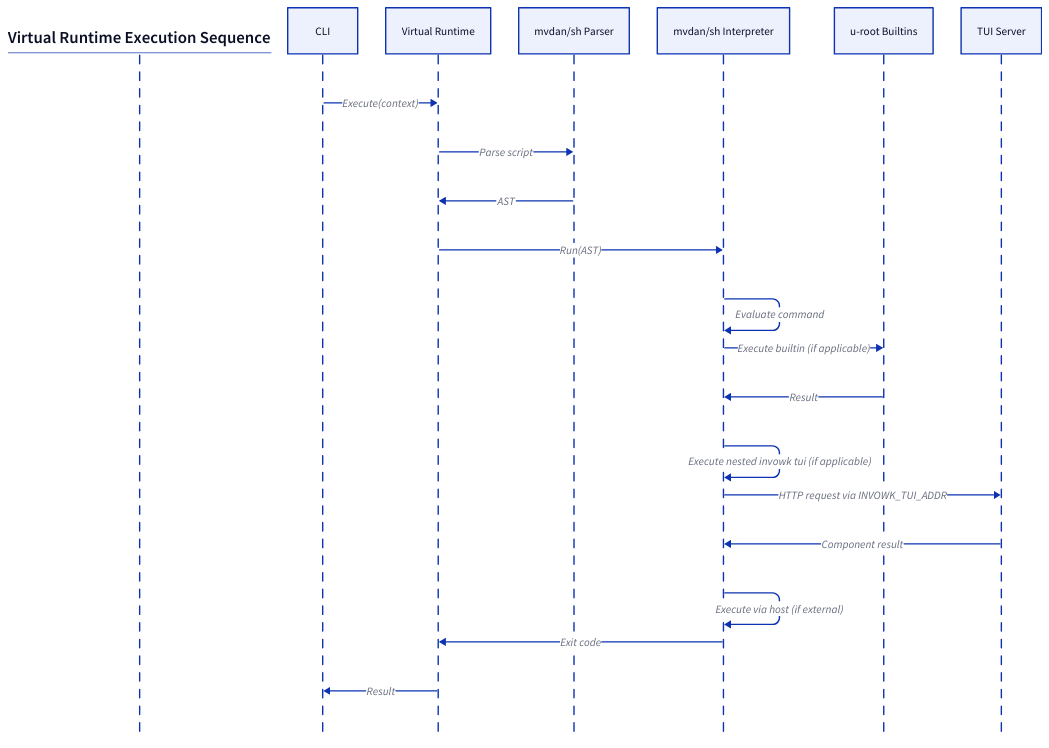
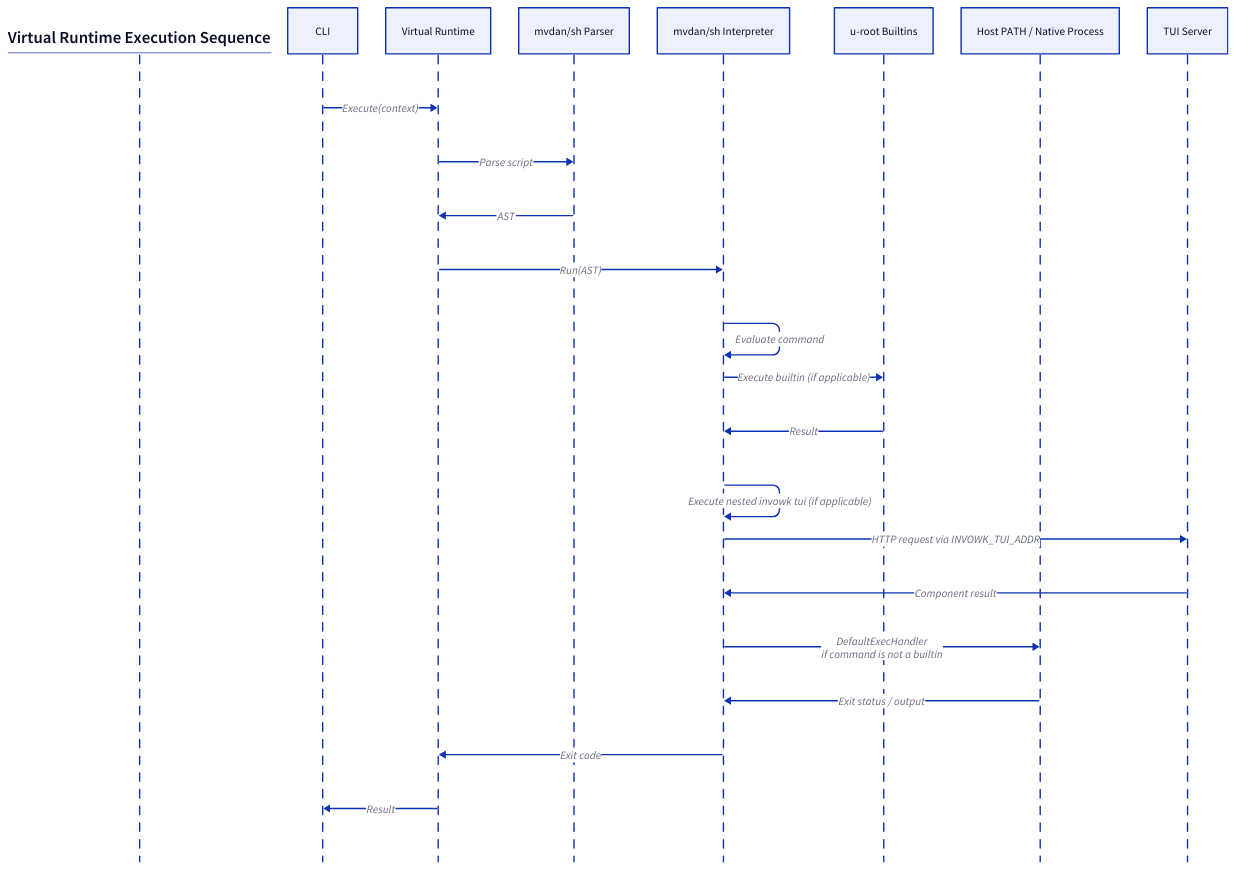
The diagram in docs/diagrams/sequences/execution-virtual.d2 (invowk/invowk), drawn with D2 before and after one commit. The commit also changed 49 other files, not shown here. The source asks for the TALA layout; these drawings use dagre instead.

First line of the commit message:
docs(diagrams): enforce TALA diagram renders

```diff
--- a/docs/diagrams/sequences/execution-virtual.d2
+++ b/docs/diagrams/sequences/execution-virtual.d2
@@ -1,62 +1,64 @@
 # Virtual Runtime Execution Sequence Diagram
 #
 # Shows the execution flow for the virtual (mvdan/sh) runtime:
 # - Script parsing to AST
 # - Interpretation with builtin handling
 # - TUI requests via nested invowk commands
 #
 # Note: TUI interaction happens when the script executes nested
 # `invowk tui *` commands, which use INVOWK_TUI_ADDR and
 # INVOWK_TUI_TOKEN env vars to communicate with the TUI server.
 #
 # Source: docs/architecture/sequence-execution.md
 
 vars: {
   d2-config: {
     layout-engine: tala
   }
 }
 
 title: |md
   ## Virtual Runtime Execution Sequence
 |
 
 shape: sequence_diagram
 
 # Participants
 CLI
 VirtualRT: Virtual Runtime
 Parser: mvdan/sh Parser
 Interp: mvdan/sh Interpreter
 Builtins: u-root Builtins
+HostExec: Host PATH / Native Process
 TUI: TUI Server
 
 # Entry
 CLI -> VirtualRT: Execute(context)
 
 # 1. Parse Phase
 VirtualRT -> Parser: Parse script
 Parser -> VirtualRT: AST
 
 # 2. Interpretation Phase
 VirtualRT -> Interp: Run(AST)
 
 # Command evaluation loop
 Interp -> Interp: Evaluate command
 
 # u-root builtin path
 Interp -> Builtins: Execute builtin (if applicable)
 Builtins -> Interp: Result
 
 # TUI request path (via nested invowk command)
 Interp -> Interp: Execute nested invowk tui (if applicable)
 Interp -> TUI: HTTP request via INVOWK_TUI_ADDR
 TUI -> Interp: Component result
 
 # External command path
-Interp -> Interp: Execute via host (if external)
+Interp -> HostExec: "DefaultExecHandler\nif command is not a builtin"
+HostExec -> Interp: Exit status / output
 
 Interp -> VirtualRT: Exit code
 
 # Return
 VirtualRT -> CLI: Result
```
